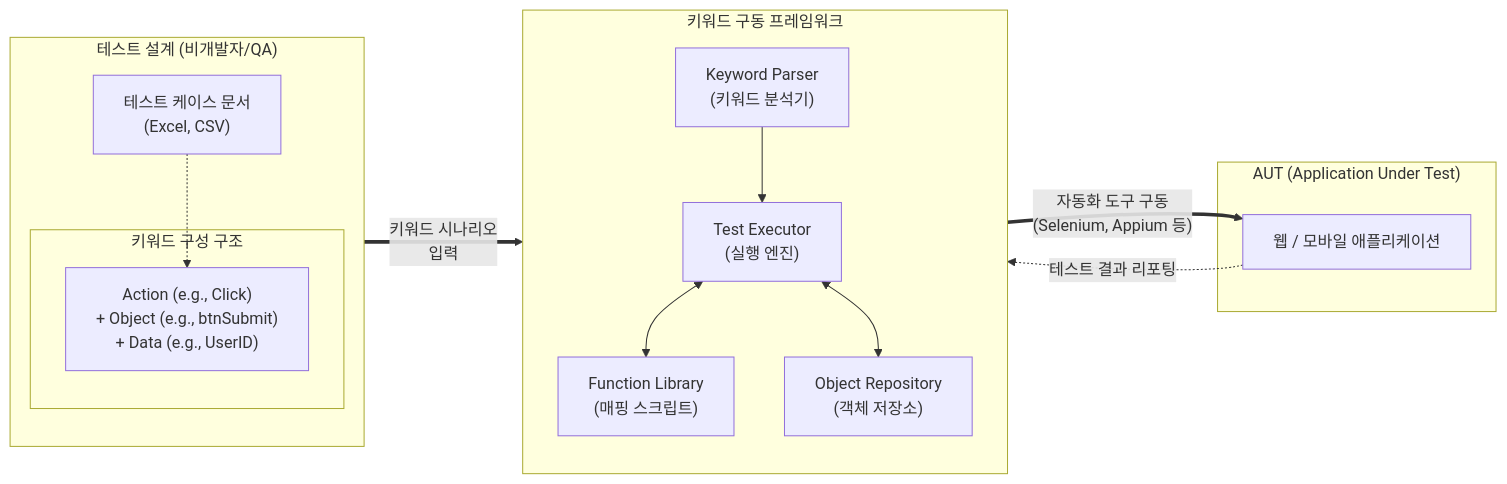
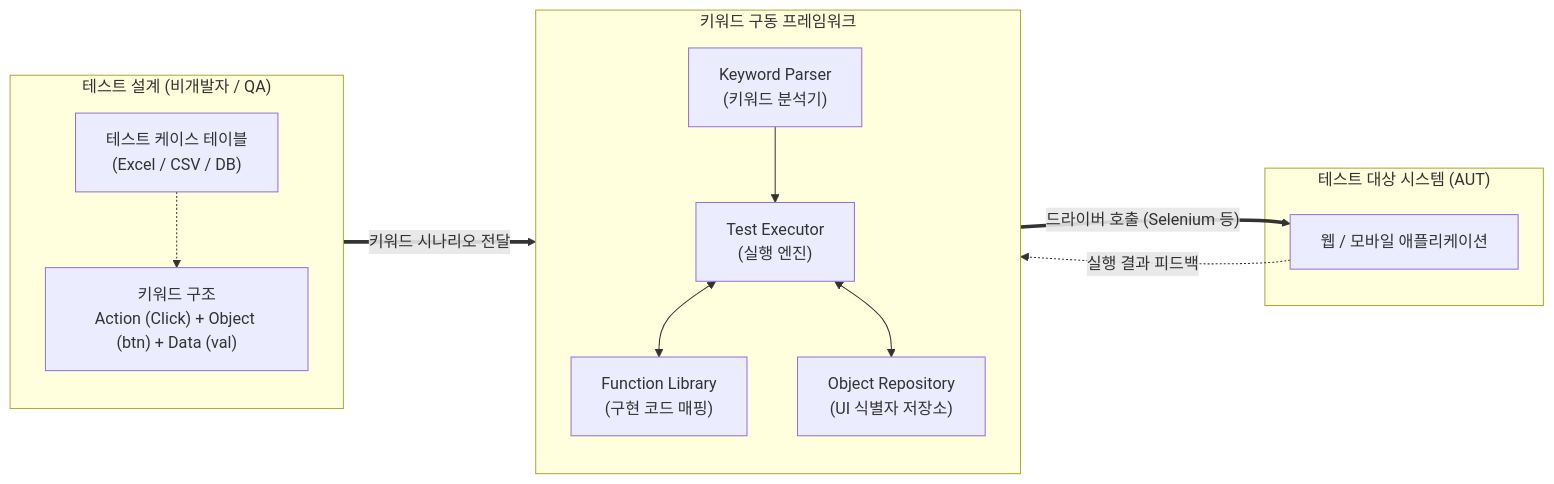
The diagram in content/01_IT Tech/Keyword Driven Testing.md (supremethumb/supremethumb.github.io), drawn with Mermaid before and after one commit. The commit also changed other lines of this file and 362 other files, not shown here.

````diff
--- a/content/01_IT Tech/Keyword Driven Testing.md
+++ b/content/01_IT Tech/Keyword Driven Testing.md
@@ -23,32 +32,29 @@
 ```mermaid
 flowchart LR
-    subgraph Test_Design["테스트 설계 (비개발자/QA)"]
+    subgraph Test_Design ["테스트 설계 (비개발자 / QA)"]
         direction TB
-        TC["테스트 케이스 문서<br/>(Excel, CSV)"]
-        subgraph Keywords["키워드 구성 구조"]
-            KW["Action (e.g., Click)<br/>+ Object (e.g., btnSubmit)<br/>+ Data (e.g., UserID)"]
-        end
+        TC["테스트 케이스 테이블<br/>(Excel / CSV / DB)"]
+        KW["키워드 구조<br/>Action (Click) + Object (btn) + Data (val)"]
         TC -.-> KW
     end
 
-    subgraph Keyword_Framework["키워드 구동 프레임워크"]
+    subgraph Keyword_Framework ["키워드 구동 프레임워크"]
         direction TB
         KP["Keyword Parser<br/>(키워드 분석기)"]
         KE["Test Executor<br/>(실행 엔진)"]
-        FL["Function Library<br/>(매핑 스크립트)"]
-        OR["Object Repository<br/>(객체 저장소)"]
+        FL["Function Library<br/>(구현 코드 매핑)"]
+        OR["Object Repository<br/>(UI 식별자 저장소)"]
         
         KP --> KE
         KE <--> FL
         KE <--> OR
     end
 
-    subgraph AUT["AUT (Application Under Test)"]
+    subgraph AUT ["테스트 대상 시스템 (AUT)"]
         WEB["웹 / 모바일 애플리케이션"]
     end
 
-    TC ==>|"키워드 시나리오<br/>입력"| KP
-    FL ==>|"자동화 도구 구동<br/>(Selenium, Appium 등)"| WEB
-    WEB -.->|"테스트 결과 리포팅"| KE
-
+    TC ==>|"키워드 시나리오 전달"| KP
+    FL ==>|"드라이버 호출 (Selenium 등)"| WEB
+    WEB -.->|"실행 결과 피드백"| KE
 ```
````
